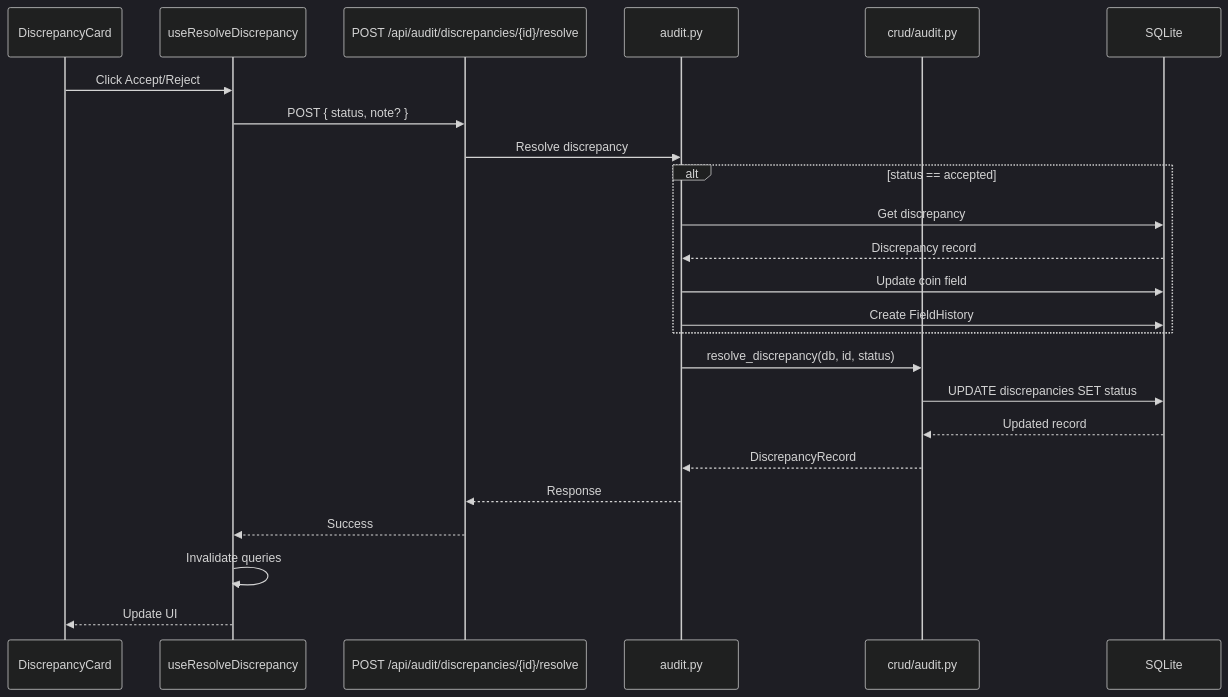
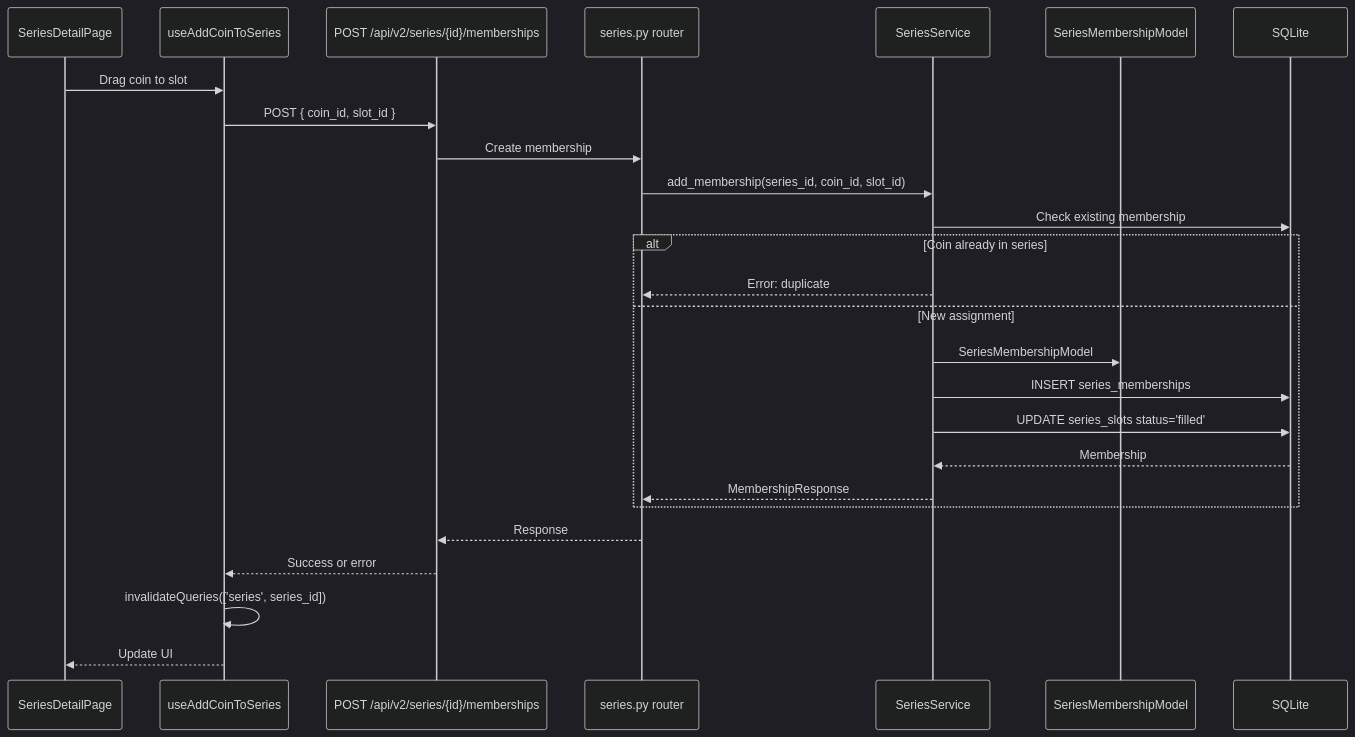
The seventh of 18 diagrams in docs/ai-guide/06-DATA-FLOWS.md (isayev/coinstack), drawn with Mermaid (dark theme) before and after one commit. The commit also changed other lines of this file and 6 other files, not shown here.

````diff
--- a/docs/ai-guide/06-DATA-FLOWS.md
+++ b/docs/ai-guide/06-DATA-FLOWS.md
@@ -231,29 +283,31 @@
 ```mermaid
 sequenceDiagram
-    participant UI as DiscrepancyCard
-    participant Hook as useResolveDiscrepancy
-    participant API as POST /api/audit/discrepancies/{id}/resolve
-    participant Router as audit.py
-    participant CRUD as crud/audit.py
+    participant UI as SeriesDetailPage
+    participant Hook as useAddCoinToSeries
+    participant API as POST /api/v2/series/{id}/memberships
+    participant Router as series.py router
+    participant Service as SeriesService
+    participant ORM as SeriesMembershipModel
     participant DB as SQLite
 
-    UI->>Hook: Click Accept/Reject
-    Hook->>API: POST { status, note? }
-    API->>Router: Resolve discrepancy
-    
-    alt status == accepted
-        Router->>DB: Get discrepancy
-        DB-->>Router: Discrepancy record
-        Router->>DB: Update coin field
-        Router->>DB: Create FieldHistory
+    UI->>Hook: Drag coin to slot
+    Hook->>API: POST { coin_id, slot_id }
+    API->>Router: Create membership
+    Router->>Service: add_membership(series_id, coin_id, slot_id)
+    Service->>DB: Check existing membership
+
+    alt Coin already in series
+        Service-->>Router: Error: duplicate
+    else New assignment
+        Service->>ORM: SeriesMembershipModel
+        Service->>DB: INSERT series_memberships
+        Service->>DB: UPDATE series_slots status='filled'
+        DB-->>Service: Membership
+        Service-->>Router: MembershipResponse
     end
-    
-    Router->>CRUD: resolve_discrepancy(db, id, status)
-    CRUD->>DB: UPDATE discrepancies SET status
-    DB-->>CRUD: Updated record
-    CRUD-->>Router: DiscrepancyRecord
+
     Router-->>API: Response
-    API-->>Hook: Success
-    Hook->>Hook: Invalidate queries
+    API-->>Hook: Success or error
+    Hook->>Hook: invalidateQueries(['series', series_id])
     Hook-->>UI: Update UI
 ```
````
